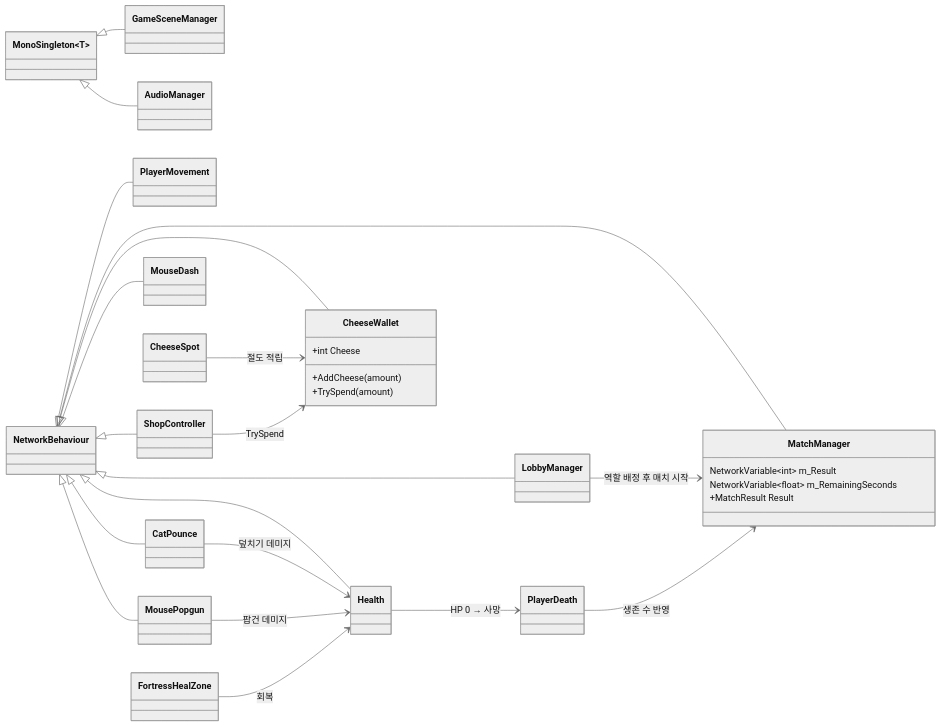
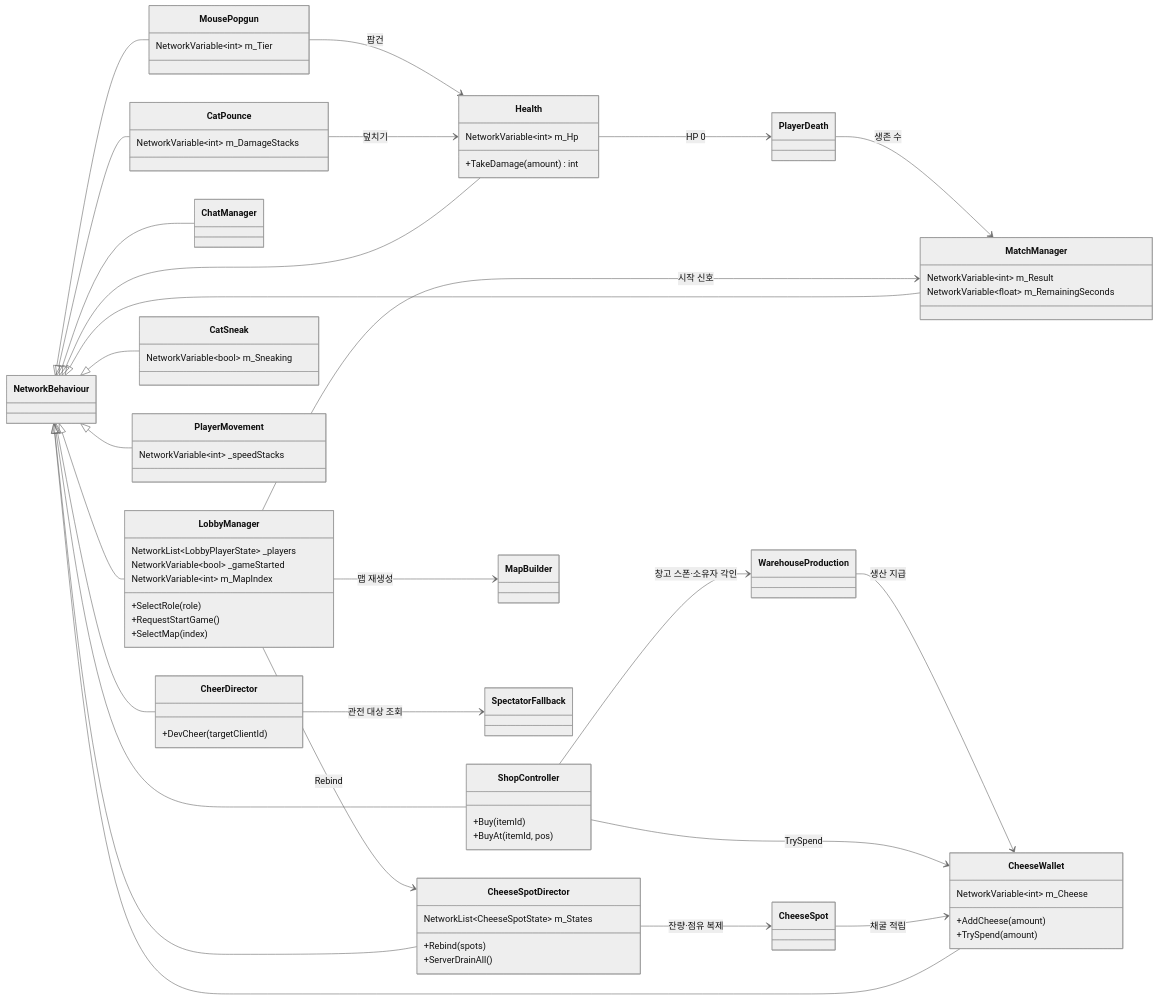
The second of 4 diagrams in CTC/docs/design-vault/코드 다이어그램.md (JeahanPark/The-Cheese-Thief-and-the-Cat), drawn with Mermaid (neutral theme) before and after one commit. The commit also changed other lines of this file and 3 other files, not shown here.

First line of the commit message:
docs: CTC 전용 코딩 규칙 8개 확정 + 개편 계획·다이어그램 현행화

````diff
--- a/CTC/docs/design-vault/코드 다이어그램.md
+++ b/CTC/docs/design-vault/코드 다이어그램.md
@@ -7,49 +53,79 @@
 ```mermaid
 classDiagram
     direction LR
 
+    class LobbyManager {
+        NetworkList~LobbyPlayerState~ _players
+        NetworkVariable~bool~ _gameStarted
+        NetworkVariable~int~ m_MapIndex
+        +SelectRole(role)
+        +RequestStartGame()
+        +SelectMap(index)
+    }
     class MatchManager {
         NetworkVariable~int~ m_Result
         NetworkVariable~float~ m_RemainingSeconds
-        +MatchResult Result
     }
-    class LobbyManager
-    class GameSceneManager
-    class AudioManager
+    class CheeseSpotDirector {
+        NetworkList~CheeseSpotState~ m_States
+        +Rebind(spots)
+        +ServerDrainAll()
+    }
+    class CheerDirector {
+        +DevCheer(targetClientId)
+    }
+    class ChatManager
 
-    class PlayerMovement
-    class PlayerDeath
-    class Health
-    class CatPounce
-    class MousePopgun
-    class MouseDash
     class CheeseWallet {
-        +int Cheese
+        NetworkVariable~int~ m_Cheese
         +AddCheese(amount)
         +TrySpend(amount)
     }
-    class ShopController
-    class CheeseSpot
-    class FortressHealZone
+    class Health {
+        NetworkVariable~int~ m_Hp
+        +TakeDamage(amount) int
+    }
+    class CatPounce {
+        NetworkVariable~int~ m_DamageStacks
+    }
+    class MousePopgun {
+        NetworkVariable~int~ m_Tier
+    }
+    class CatSneak {
+        NetworkVariable~bool~ m_Sneaking
+    }
+    class PlayerMovement {
+        NetworkVariable~int~ _speedStacks
+    }
+    class ShopController {
+        +Buy(itemId)
+        +BuyAt(itemId, pos)
+    }
 
+    NetworkBehaviour <|-- LobbyManager
     NetworkBehaviour <|-- MatchManager
-    NetworkBehaviour <|-- LobbyManager
-    NetworkBehaviour <|-- PlayerMovement
+    NetworkBehaviour <|-- CheeseSpotDirector
+    NetworkBehaviour <|-- CheerDirector
+    NetworkBehaviour <|-- ChatManager
+    NetworkBehaviour <|-- CheeseWallet
     NetworkBehaviour <|-- Health
     NetworkBehaviour <|-- CatPounce
     NetworkBehaviour <|-- MousePopgun
-    NetworkBehaviour <|-- MouseDash
-    NetworkBehaviour <|-- CheeseWallet
+    NetworkBehaviour <|-- CatSneak
+    NetworkBehaviour <|-- PlayerMovement
     NetworkBehaviour <|-- ShopController
-    MonoSingleton~T~ <|-- GameSceneManager
-    MonoSingleton~T~ <|-- AudioManager
 
-    LobbyManager --> MatchManager : 역할 배정 후 매치 시작
-    CatPounce --> Health : 덮치기 데미지
-    MousePopgun --> Health : 팝건 데미지
-    Health --> PlayerDeath : HP 0 → 사망
-    PlayerDeath --> MatchManager : 생존 수 반영
-    CheeseSpot --> CheeseWallet : 절도 적립
+    LobbyManager --> MatchManager : 시작 신호
+    LobbyManager --> MapBuilder : 맵 재생성
+    LobbyManager --> CheeseSpotDirector : Rebind
+    CheeseSpotDirector --> CheeseSpot : 잔량·점유 복제
+    CheeseSpot --> CheeseWallet : 채굴 적립
     ShopController --> CheeseWallet : TrySpend
-    FortressHealZone --> Health : 회복
+    ShopController --> WarehouseProduction : 창고 스폰·소유자 각인
+    WarehouseProduction --> CheeseWallet : 생산 지급
+    CatPounce --> Health : 덮치기
+    MousePopgun --> Health : 팝건
+    Health --> PlayerDeath : HP 0
+    PlayerDeath --> MatchManager : 생존 수
+    CheerDirector --> SpectatorFallback : 관전 대상 조회
 ```
````
